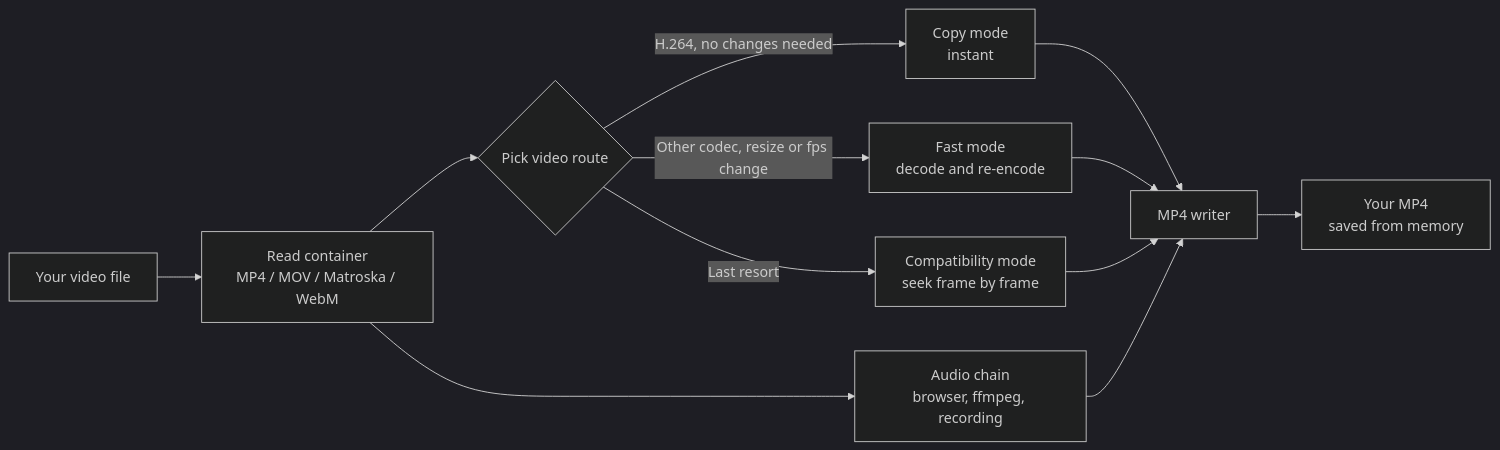
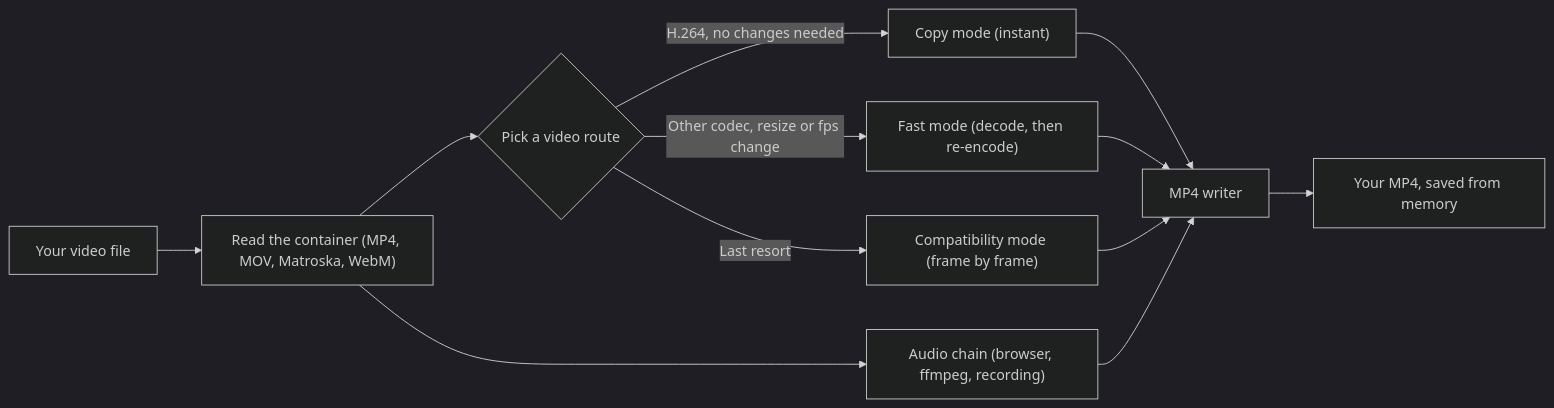
Before and after one commit to VXZYSSRR/Video-MP4: the diagram in README.md, drawn with Mermaid (dark theme).

````diff
--- a/README.md
+++ b/README.md
@@ -95,14 +95,14 @@
 ```mermaid
 flowchart LR
-    A[Your video file] --> B[Read container<br/>MP4 / MOV / Matroska / WebM]
-    B --> C{Pick video route}
-    C -->|H.264, no changes needed| D[Copy mode<br/>instant]
-    C -->|Other codec, resize or fps change| E[Fast mode<br/>decode and re-encode]
-    C -->|Last resort| F[Compatibility mode<br/>seek frame by frame]
-    B --> G[Audio chain<br/>browser, ffmpeg, recording]
-    D --> H[MP4 writer]
+    A["Your video file"] --> B["Read the container (MP4, MOV, Matroska, WebM)"]
+    B --> C{"Pick a video route"}
+    C -->|"H.264, no changes needed"| D["Copy mode (instant)"]
+    C -->|"Other codec, resize or fps change"| E["Fast mode (decode, then re-encode)"]
+    C -->|"Last resort"| F["Compatibility mode (frame by frame)"]
+    B --> G["Audio chain (browser, ffmpeg, recording)"]
+    D --> H["MP4 writer"]
     E --> H
     F --> H
     G --> H
-    H --> I[Your MP4<br/>saved from memory]
+    H --> I["Your MP4, saved from memory"]
 ```
````
